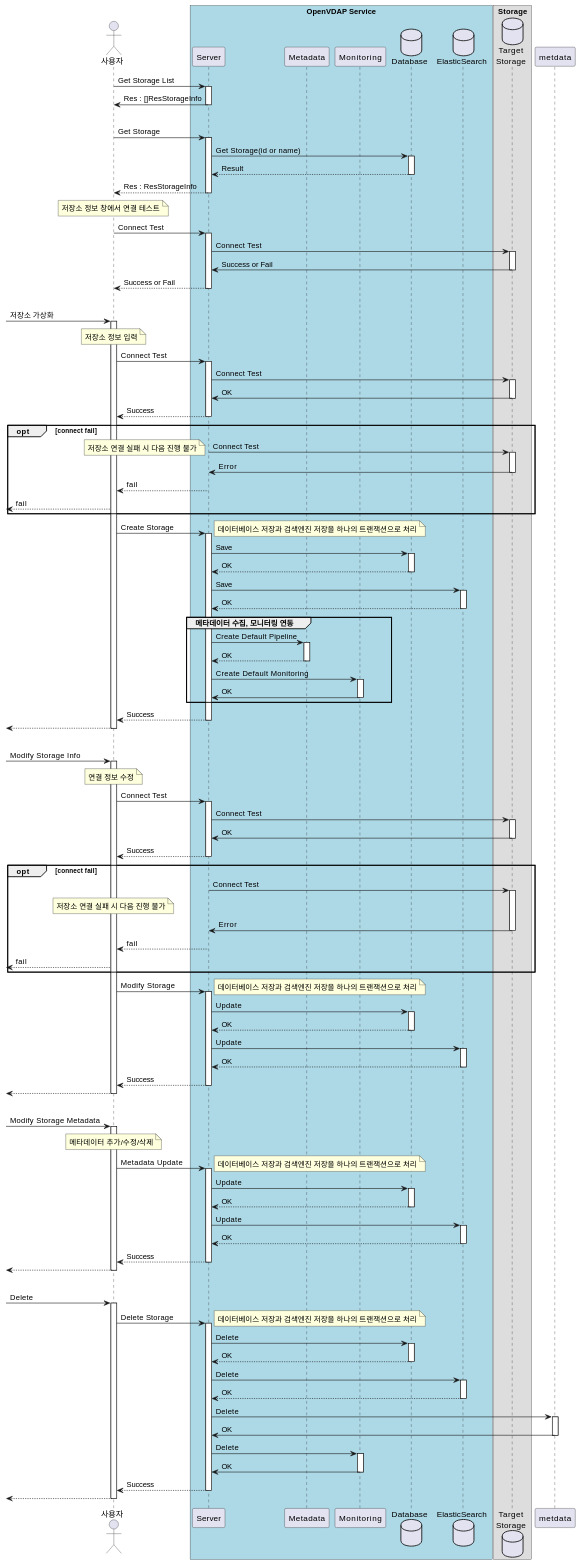
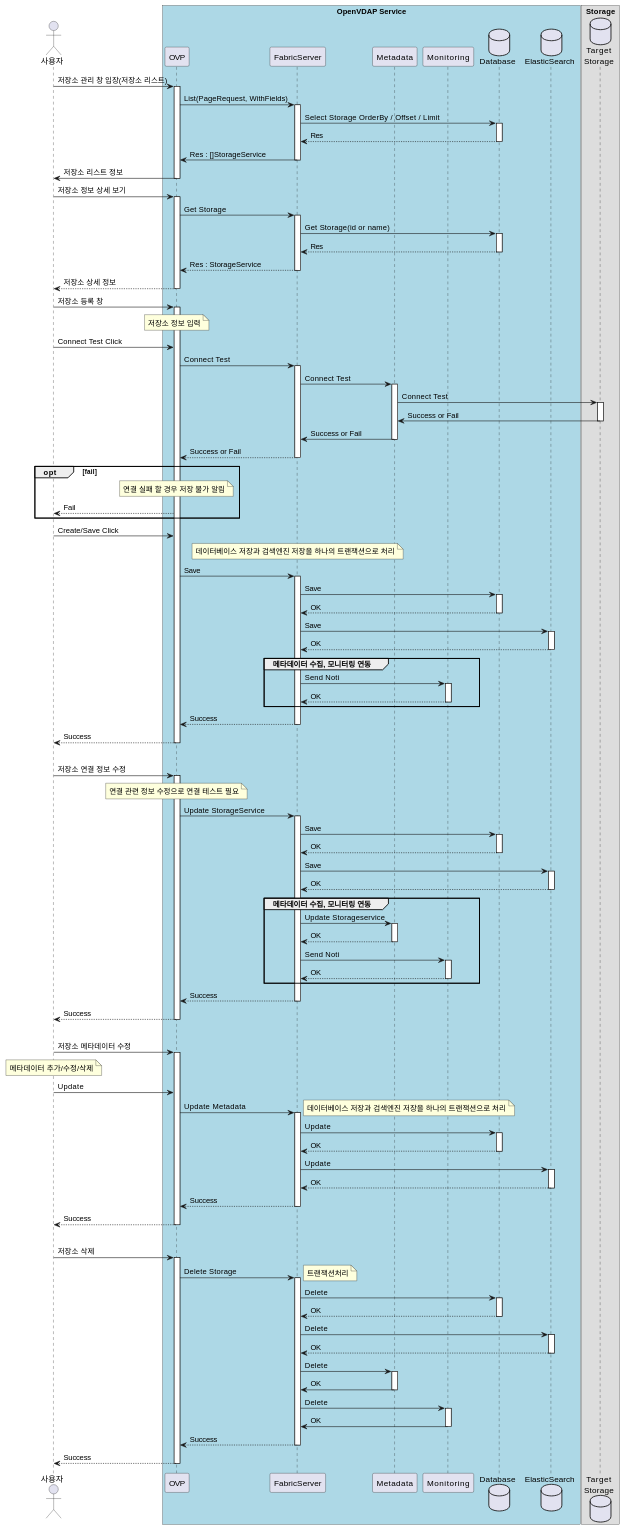
One commit to DataFabricTech/DataFabricPlatform changed the second of 5 diagrams in docs/arch/metadata_server/virtualization-storage.md. Above: the diagram before and after it, drawn with PlantUML. The commit also changed other lines of this file and 2 other files, not shown here.

First line of the commit message:
저장소 가상화 설계 문서 업데이트

````diff
--- a/docs/arch/metadata_server/virtualization-storage.md
+++ b/docs/arch/metadata_server/virtualization-storage.md
@@ -96,7 +90,8 @@
 @startuml
 Actor 사용자 as user
 box "OpenVDAP Service" #Lightblue
-participant Server as server
+participant OVP as ovp
+participant FabricServer as server
 participant Metadata as metadata
 participant Monitoring as monitoring
 database Database as database
@@ -106,73 +101,79 @@
 database "Target\nStorage" as storage
 end box
 
-' 저장소 리스트 조회 
-user -> server ++ : Get Storage List
-user <- server -- : Res : []ResStorageInfo
-|||
+' Storage
+' List Page Request
+user -> ovp ++ : 저장소 관리 창 입장(저장소 리스트)
+ovp -> server ++ : List(PageRequest, WithFields)
+server -> database ++ : Select Storage OrderBy / Offset / Limit
+server <-- database --: Res
+ovp <- server -- : Res : []StorageService
+user <- ovp -- : 저장소 리스트 정보 
 
-' 저장소 정보 조회 
-user -> server ++ : Get Storage
+' GetById/Name
+user -> ovp ++ : 저장소 정보 상세 보기
+ovp -> server ++ : Get Storage
 server -> database ++ : Get Storage(id or name)
-server <-- database --: Result
-user <-- server --: Res : ResStorageInfo
+server <-- database -- : Res
+ovp <-- server -- : Res : StorageService
+user <-- ovp -- : 저장소 상세 정보
+
+' Create
+user -> ovp ++ : 저장소 등록 창
+note over ovp : 저장소 정보 입력
 ' 저장소 연결 테스트
-note over user : 저장소 정보 창에서 연결 테스트
-user -> server ++ : Connect Test
-server -> storage ++ : Connect Test
-server <- storage --: Success or Fail
-user <-- server --: Success or Fail
-' 저장소 정보에 메타데이터 수집 파이프라인 정보와 모니터링 정보 포함 필요
-|||
-
-' 저장소 추가
--> user ++: 저장소 가상화
-note over user : 저장소 정보 입력
-' 저장소 연결 테스트
-user -> server ++ : Connect Test
-server -> storage ++ : Connect Test
-server <- storage --: OK 
-user <-- server --: Success
-opt connect fail 
-server -> storage ++ : Connect Test
-note left : 저장소 연결 실패 시 다음 진행 불가
-server <- storage --: Error
-user <-- server : fail
-<-- user : fail
+user -> ovp : Connect Test Click
+ovp -> server ++ : Connect Test
+server -> metadata ++ : Connect Test
+metadata -> storage ++ : Connect Test
+metadata <- storage --: Success or Fail
+server <- metadata -- : Success or Fail
+ovp <-- server --: Success or Fail
+opt fail
+note over ovp : 연결 실패 할 경우 저장 불가 알림  
+user <-- ovp : Fail
 end
-user -> server ++: Create Storage
-note right
+user -> ovp : Create/Save Click
+note over server
 데이터베이스 저장과 검색엔진 저장을 하나의 트랜잭션으로 처리
 end note
+ovp -> server ++: Save
 server -> database ++: Save
 server <-- database --: OK
 server -> search ++: Save
 server <-- search --: OK
 group 메타데이터 수집, 모니터링 연동
-server -> metadata ++: Create Default Pipeline
-server <-- metadata --: OK
-server -> monitoring ++: Create Default Monitoring
-server <- monitoring --: OK
+server -> monitoring ++: Send Noti 
+server <-- monitoring --: OK
 end
-user <-- server --: Success
-<-- user -- : 
+ovp <-- server -- : Success
+user <-- ovp -- : Success
 |||
 
 ' 저장소 연결정보 수정
--> user ++: Modify Storage Info
-note over user : 연결 정보 수정
-user -> server ++ : Connect Test
-server -> storage ++ : Connect Test
-server <- storage --: OK 
-user <-- server --: Success
-opt connect fail 
-server -> storage ++ : Connect Test
-note over user : 저장소 연결 실패 시 다음 진행 불가
-server <- storage --: Error
-user <-- server : fail
-<-- user : fail
+user -> ovp ++: 저장소 연결 정보 수정
+note over ovp : 연결 관련 정보 수정으로 연결 테스트 필요
+ovp -> server ++: Update StorageService 
+server -> database ++: Save
+server <-- database --: OK
+server -> search ++: Save
+server <-- search --: OK
+group 메타데이터 수집, 모니터링 연동
+server -> metadata ++: Update Storageservice
+server <-- metadata --: OK
+server -> monitoring ++: Send Noti 
+server <-- monitoring --: OK
 end
-user -> server ++: Modify Storage
+ovp <-- server -- : Success
+user <-- ovp -- : Success
+
+|||
+
+' 저장소 메타데이터 수정
+user -> ovp ++: 저장소 메타데이터 수정
+note over user : 메타데이터 추가/수정/삭제
+user -> ovp : Update 
+ovp -> server ++ : Update Metadata
 note right
 데이터베이스 저장과 검색엔진 저장을 하나의 트랜잭션으로 처리
 end note
@@ -180,40 +181,26 @@
 server <-- database --: OK
 server -> search ++: Update
 server <-- search --: OK
-user <-- server --: Success
-<-- user --: 
-|||
+ovp <-- server --: Success
+user <-- ovp -- : Success
 
-' 저장소 메타데이터 수정
--> user ++: Modify Storage Metadata
-note over user : 메타데이터 추가/수정/삭제
-user -> server ++: Metadata Update
-note right
-데이터베이스 저장과 검색엔진 저장을 하나의 트랜잭션으로 처리
-end note
-server -> database ++: Update
-server <-- database --: OK
-server -> search ++: Update
-server <-- search --: OK
-user <-- server --: Success
-<-- user --: 
 |||
 
 ' 저장소 삭제
--> user ++: Delete
-user -> server ++: Delete Storage
+user -> ovp ++: 저장소 삭제
+ovp -> server ++: Delete Storage
 note right
-데이터베이스 저장과 검색엔진 저장을 하나의 트랜잭션으로 처리
+트랜잭션처리
 end note
 server -> database ++: Delete
 server <-- database --: OK
 server -> search ++: Delete
 server <-- search --: OK
-server -> metdata ++ : Delete
-server <- metdata -- : OK
+server -> metadata ++ : Delete
+server <- metadata -- : OK
 server -> monitoring ++ : Delete
 server <- monitoring -- : OK
-user <-- server --: Success
-<-- user -- : 
+ovp <-- server --: Success
+user <-- ovp -- : Success
 @enduml
 ```
````
